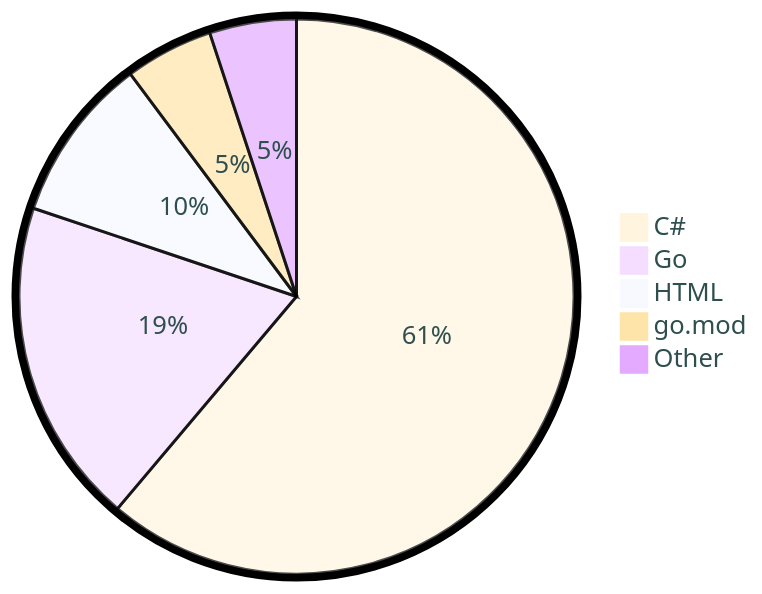
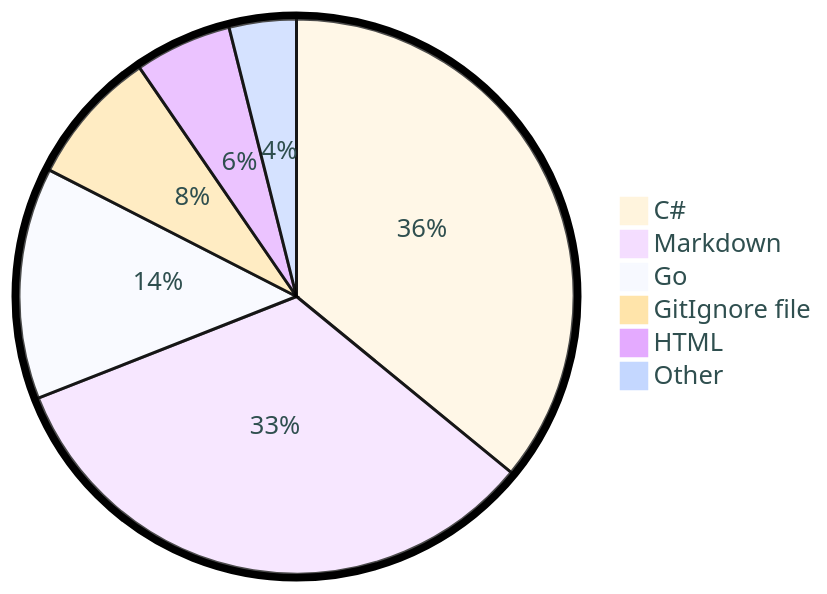
One commit to tot0p/tot0p changed the diagram in README.md. Above: the diagram before and after it, drawn with Mermaid. The commit also changed other lines of this file, not shown here.

````diff
--- a/README.md
+++ b/README.md
@@ -73,9 +73,10 @@
 ```mermaid
 %%{init: {"pie": {"textPosition": 0.5}, "themeVariables": {"pieOuterStrokeWidth": "5px","primaryTextColor" : "#2F4F4F"},"theme":"base"} }%%
 pie
-	"C#": 61.16
-	"Go": 19.0
-	"HTML": 9.64
-	"go.mod": 5.15
-	"Other": 5.06
+	"C#": 35.93
+	"Markdown": 33.1
+	"Go": 13.5
+	"GitIgnore file": 7.9
+	"HTML": 5.66
+	"Other": 3.9099999999999997
 ```
````
